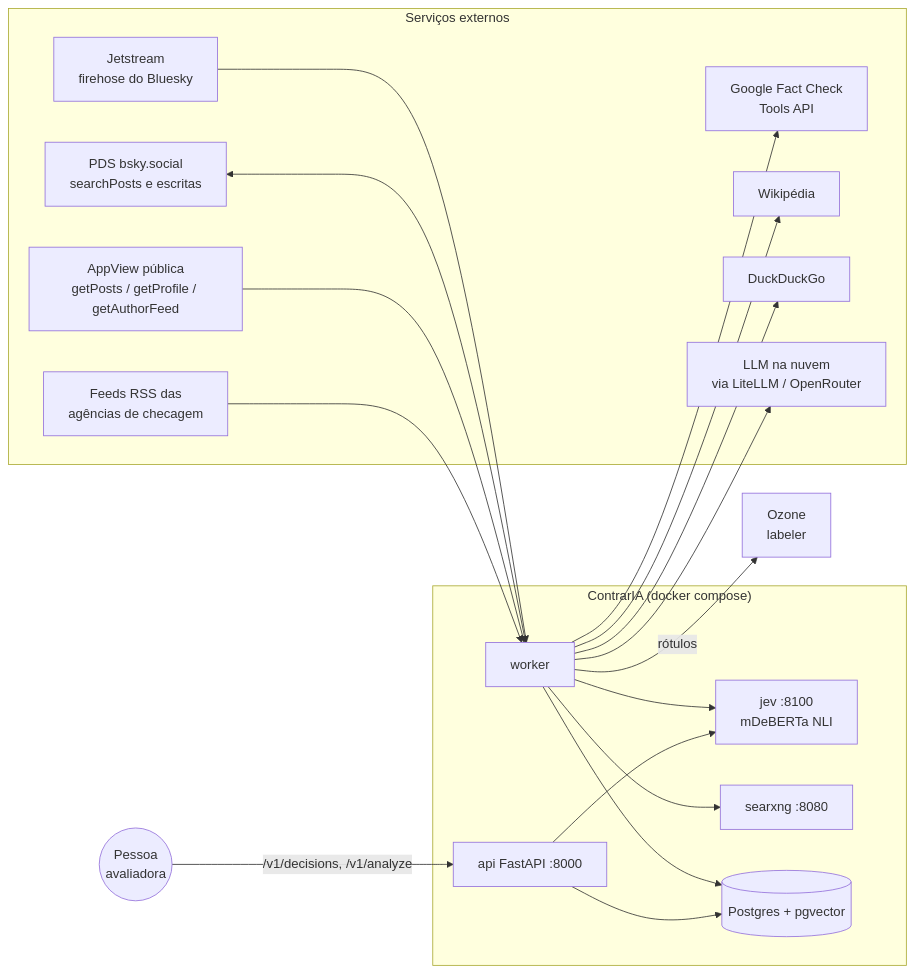
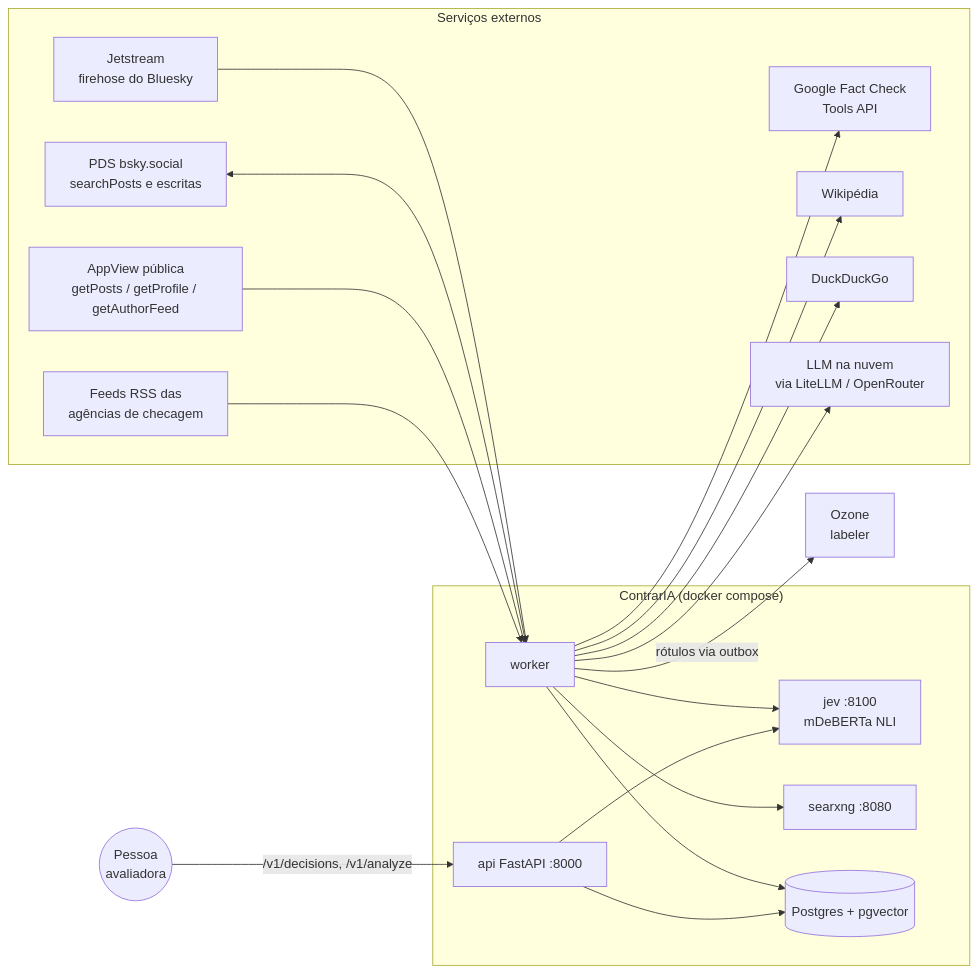
Before and after one commit to moonshinerd/ContrarIA: the first of 4 diagrams in docs/arquitetura/index.md, drawn with Mermaid. The commit also changed other lines of this file and 8 other files, not shown here.

````diff
--- a/docs/arquitetura/index.md
+++ b/docs/arquitetura/index.md
@@ -12,38 +14,38 @@
 ```mermaid
 flowchart LR
     subgraph Externo["Serviços externos"]
         JS[Jetstream<br/>firehose do Bluesky]
         PDS[PDS bsky.social<br/>searchPosts e escritas]
         APP[AppView pública<br/>getPosts / getProfile / getAuthorFeed]
         FC[Google Fact Check<br/>Tools API]
         WP[Wikipédia]
         DDG[DuckDuckGo]
         RSSX[Feeds RSS das<br/>agências de checagem]
         OR[LLM na nuvem<br/>via LiteLLM / OpenRouter]
     end
 
     subgraph ContrarIA["ContrarIA (docker compose)"]
         W[worker]
         A[api FastAPI :8000]
         J[jev :8100<br/>mDeBERTa NLI]
         SX[searxng :8080]
         DB[(Postgres + pgvector)]
     end
 
     OZ[Ozone<br/>labeler]
     U((Pessoa<br/>avaliadora))
 
     JS --> W
     PDS <--> W
     APP --> W
     W --> J
     W --> SX
     W --> DB
     W --> FC & WP & DDG
     RSSX --> W
     W --> OR
-    W -- rótulos --> OZ
+    W -- rótulos via outbox --> OZ
     U -- /v1/decisions, /v1/analyze --> A
     A --> DB
     A --> J
 ```
````
